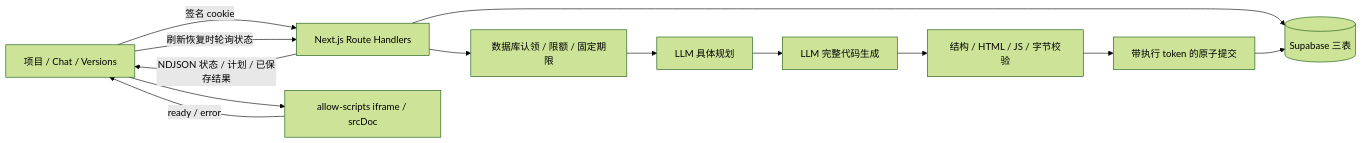
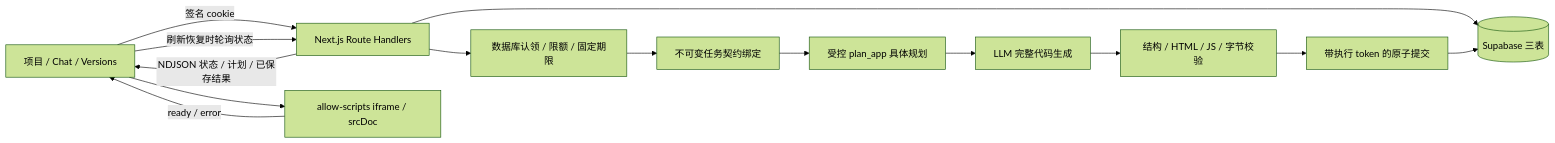
Before and after one commit to TheYoungestMvp/Forge: the diagram in ARCHITECTURE.md, drawn with Mermaid (forest theme). The commit also changed other lines of this file and 50 other files, not shown here.

````diff
--- a/ARCHITECTURE.md
+++ b/ARCHITECTURE.md
@@ -9,15 +9,16 @@
 ```mermaid
 flowchart LR
   UI[项目 / Chat / Versions] -->|签名 cookie| API[Next.js Route Handlers]
   API --> Claim[数据库认领 / 限额 / 固定期限]
-  Claim --> Plan[LLM 具体规划]
+  Claim --> Task[不可变任务契约绑定]
+  Task --> Plan[受控 plan_app 具体规划]
   Plan --> Gen[LLM 完整代码生成]
   Gen --> Validate[结构 / HTML / JS / 字节校验]
   Validate --> Save[带执行 token 的原子提交]
   API --> DB[(Supabase 三表)]
   Save --> DB
   API -->|NDJSON 状态 / 计划 / 已保存结果| UI
   UI -->|刷新恢复时轮询状态| API
   UI --> Frame[allow-scripts iframe / srcDoc]
   Frame -->|ready / error| UI
 ```
````
